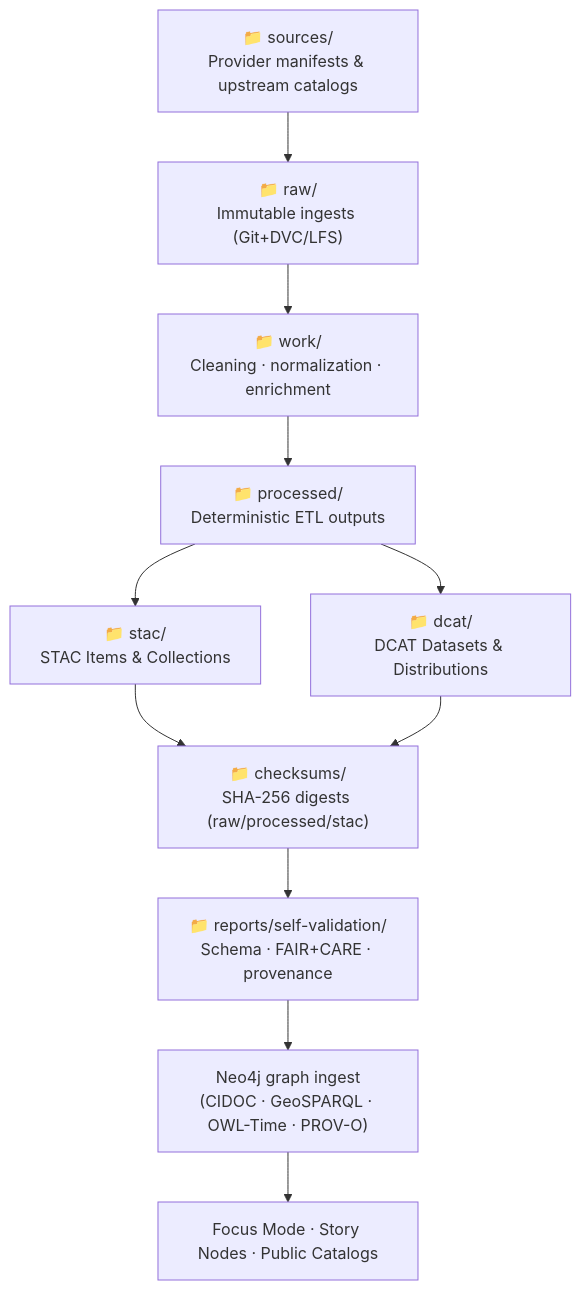
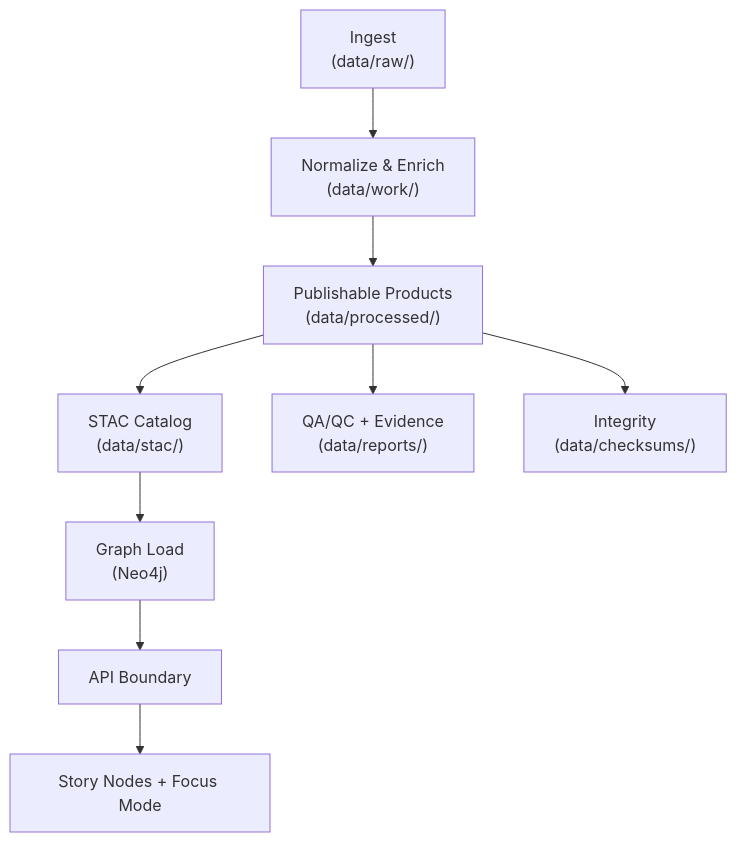
Before and after one commit to bartytime4life/Kansas-Frontier-Matrix: the first of 3 diagrams in data/ARCHITECTURE.md, drawn with Mermaid. The commit also changed other lines of this file, not shown here.

First line of the commit message:
Update architecture document to version v11.2.6

```diff
--- a/data/ARCHITECTURE.md
+++ b/data/ARCHITECTURE.md
@@ -230,18 +353,13 @@
 ~~~mermaid
 flowchart TD
-  A["📁 sources/\nProvider manifests & upstream catalogs"]
-    --> B["📁 raw/\nImmutable ingests (Git+DVC/LFS)"]
+  A["Ingest\n(data/raw/)"] --> B["Normalize & Enrich\n(data/work/)"]
+  B --> C["Publishable Products\n(data/processed/)"]
 
-  B --> C["📁 work/\nCleaning · normalization · enrichment"]
-  C --> D["📁 processed/\nDeterministic ETL outputs"]
+  C --> D["STAC Catalog\n(data/stac/)"]
+  C --> E["QA/QC + Evidence\n(data/reports/)"]
+  C --> F["Integrity\n(data/checksums/)"]
 
-  D --> E["📁 stac/\nSTAC Items & Collections"]
-  D --> F["📁 dcat/\nDCAT Datasets & Distributions"]
-
-  E --> G["📁 checksums/\nSHA-256 digests (raw/processed/stac)"]
-  F --> G
-
-  G --> H["📁 reports/self-validation/\nSchema · FAIR+CARE · provenance"]
-  H --> I["Neo4j graph ingest\n(CIDOC · GeoSPARQL · OWL-Time · PROV-O)"]
-  I --> J["Focus Mode · Story Nodes · Public Catalogs"]
+  D --> G["Graph Load\n(Neo4j)"]
+  G --> H["API Boundary"]
+  H --> I["Story Nodes + Focus Mode"]
 ~~~
```
